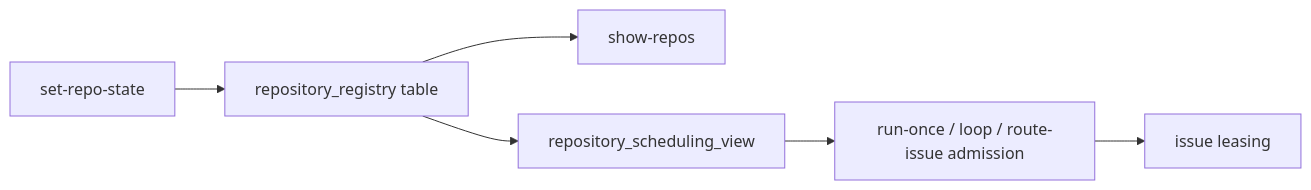
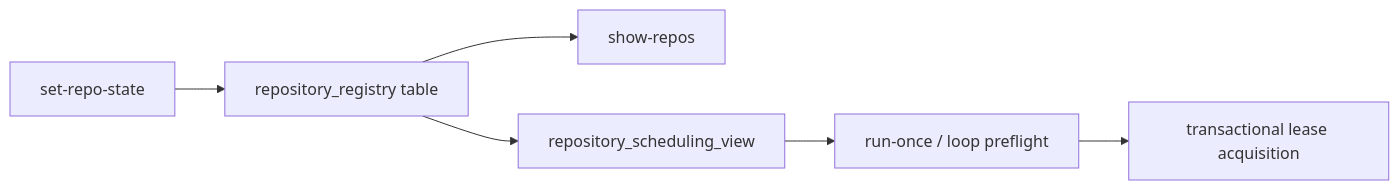
Before and after one commit to misty-step/bitterblossom: the second of 2 diagrams in docs/walkthroughs/issue-503-repo-registry.md, drawn with Mermaid. The commit also changed other lines of this file and 2 other files, not shown here.

````diff
--- a/docs/walkthroughs/issue-503-repo-registry.md
+++ b/docs/walkthroughs/issue-503-repo-registry.md
@@ -24,8 +25,8 @@
 ```mermaid
 flowchart LR
     A["set-repo-state"] --> B["repository_registry table"]
     B --> C["show-repos"]
     B --> D["repository_scheduling_view"]
-    D --> E["run-once / loop / route-issue admission"]
-    E --> F["issue leasing"]
+    D --> E["run-once / loop preflight"]
+    E --> F["transactional lease acquisition"]
 ```
````
